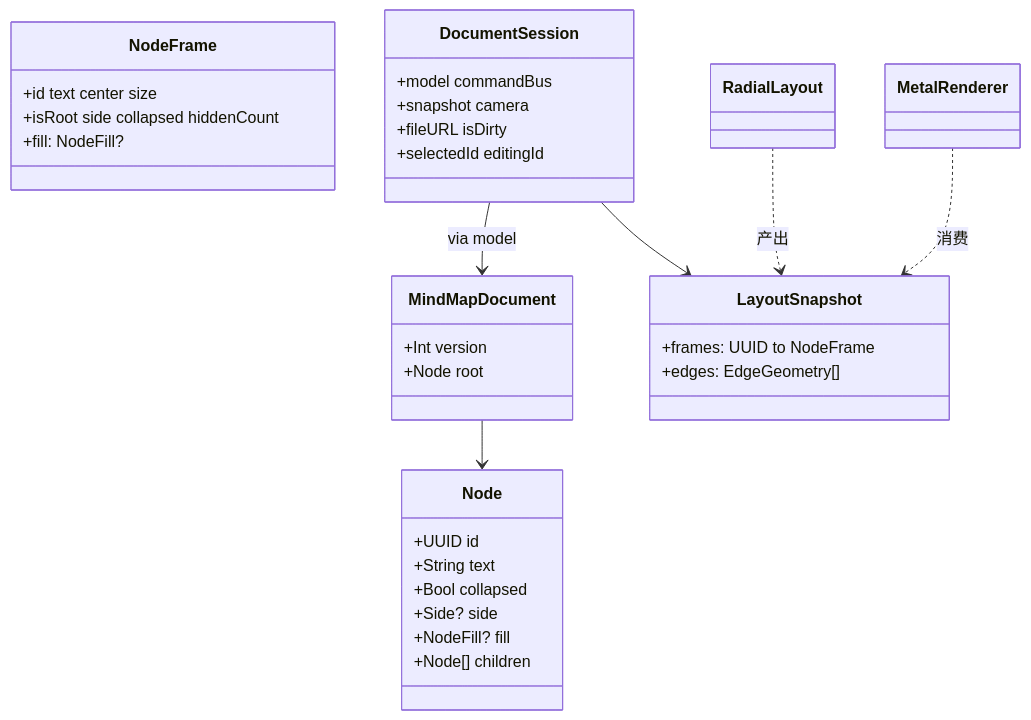
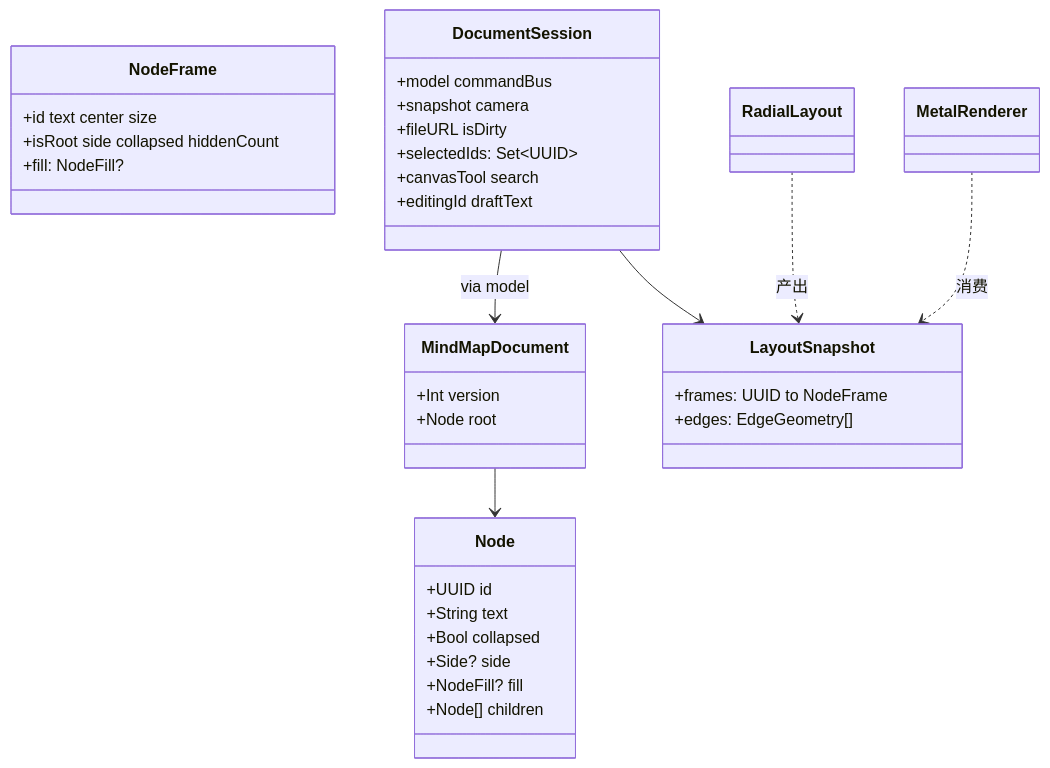
The third of 5 diagrams in docs/架构现状.md (LieonShelly/Linva), drawn with Mermaid before and after one commit. The commit also changed other lines of this file and 2 other files, not shown here.

````diff
--- a/docs/架构现状.md
+++ b/docs/架构现状.md
@@ -146,35 +171,37 @@
 ```mermaid
 classDiagram
   class MindMapDocument {
     +Int version
     +Node root
   }
   class Node {
     +UUID id
     +String text
     +Bool collapsed
     +Side? side
     +NodeFill? fill
     +Node[] children
   }
   class LayoutSnapshot {
     +frames: UUID to NodeFrame
     +edges: EdgeGeometry[]
   }
   class NodeFrame {
     +id text center size
     +isRoot side collapsed hiddenCount
     +fill: NodeFill?
   }
   class DocumentSession {
     +model commandBus
     +snapshot camera
     +fileURL isDirty
-    +selectedId editingId
+    +selectedIds: Set~UUID~
+    +canvasTool search
+    +editingId draftText
   }
   MindMapDocument --> Node
   DocumentSession --> MindMapDocument : via model
   DocumentSession --> LayoutSnapshot
   RadialLayout ..> LayoutSnapshot : 产出
   MetalRenderer ..> LayoutSnapshot : 消费
 ```
````
